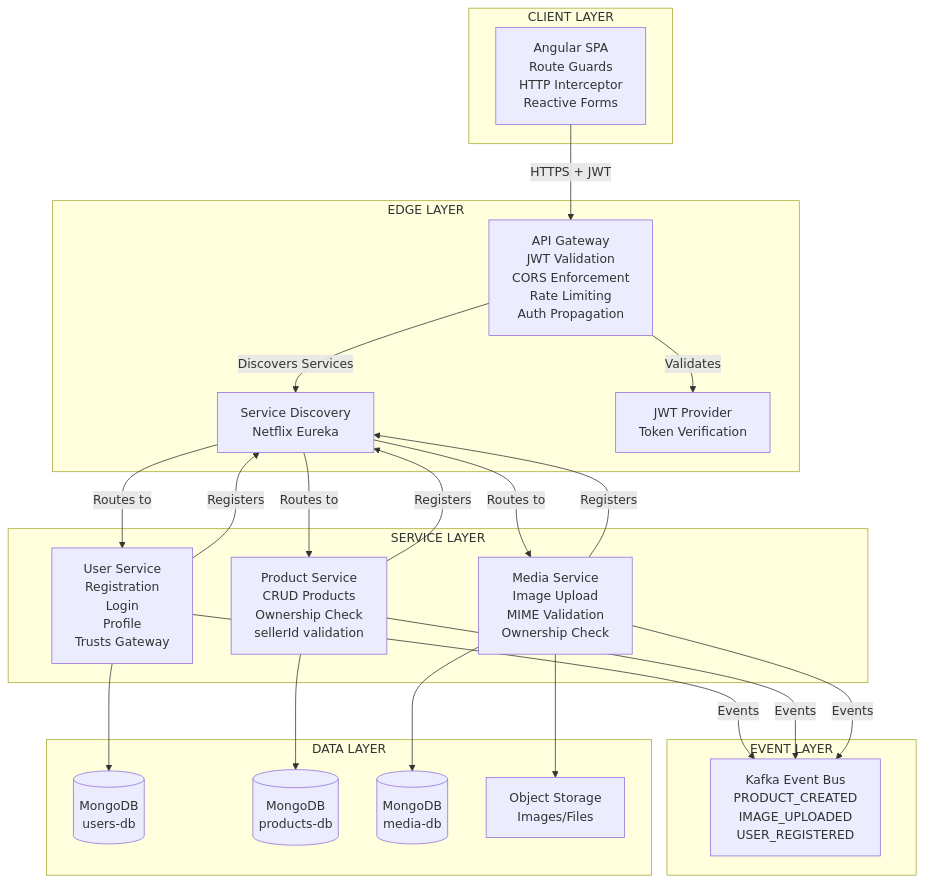
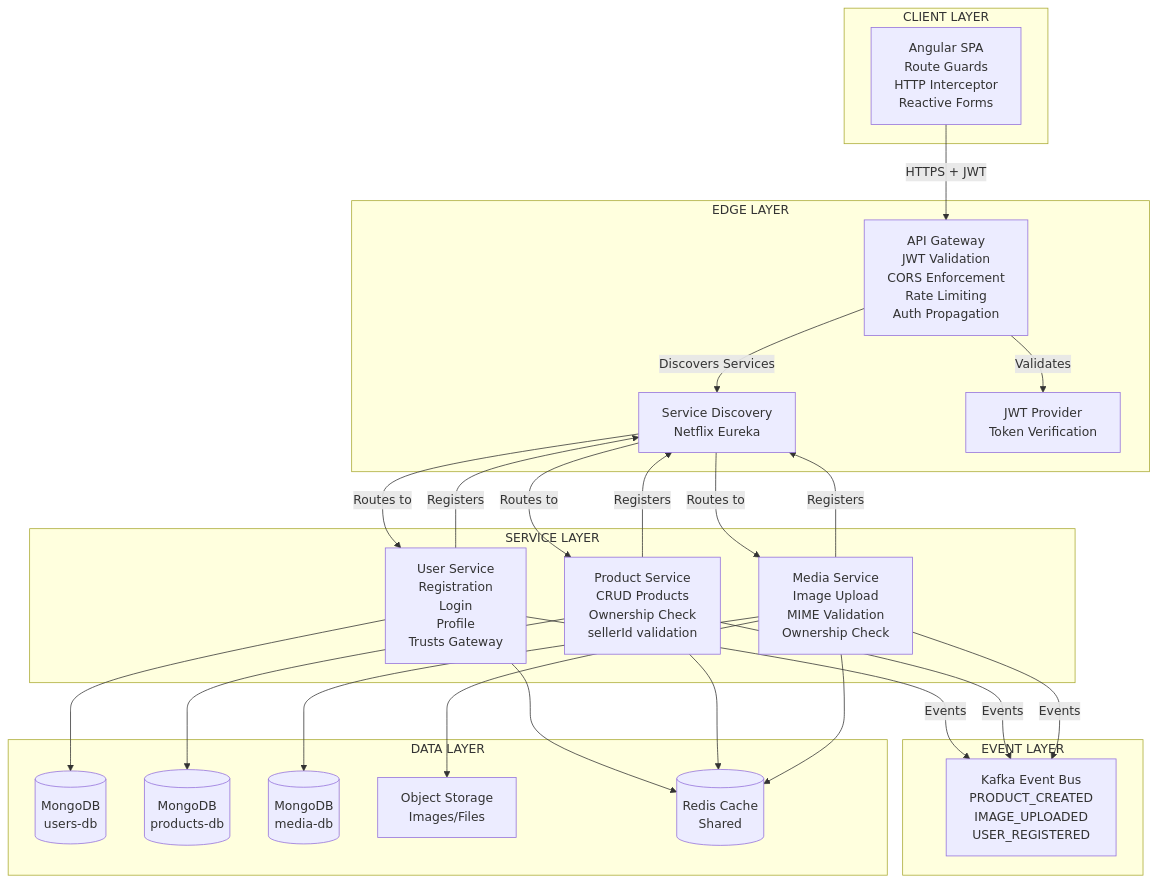
Before and after one commit to abrakingoo/buy-01: the diagram in architecture.md, drawn with Mermaid. The commit also changed other lines of this file and 1 other file, not shown here.

Commit message:
feat(cache): add shared Redis cache for all services
- Add Redis 7 Alpine container on port 6379
- Enable AOF persistence for data durability
- Configure shared cache for product catalog
- Support session storage across services
- Enable rate limiting counters at gateway
- Add Redis volume for persistent storage
- Update architecture diagram with Redis layer
- All services connect to single Redis instance

````diff
--- a/architecture.md
+++ b/architecture.md
@@ -5,50 +5,55 @@
 ```mermaid
 graph TB
     subgraph CLIENT["CLIENT LAYER"]
         A["Angular SPA<br/>Route Guards<br/>HTTP Interceptor<br/>Reactive Forms"]
     end
     
     subgraph EDGE["EDGE LAYER"]
         B["API Gateway<br/>JWT Validation<br/>CORS Enforcement<br/>Rate Limiting<br/>Auth Propagation"]
         SD["Service Discovery<br/>Netflix Eureka"]
         JWT["JWT Provider<br/>Token Verification"]
     end
     
     subgraph SERVICE["SERVICE LAYER"]
         C["User Service<br/>Registration<br/>Login<br/>Profile<br/>Trusts Gateway"]
         D["Product Service<br/>CRUD Products<br/>Ownership Check<br/>sellerId validation"]
         E["Media Service<br/>Image Upload<br/>MIME Validation<br/>Ownership Check"]
     end
     
     subgraph EVENT["EVENT LAYER"]
         J["Kafka Event Bus<br/>PRODUCT_CREATED<br/>IMAGE_UPLOADED<br/>USER_REGISTERED"]
     end
     
     subgraph DATA["DATA LAYER"]
         F[("MongoDB<br/>users-db")]
         G[("MongoDB<br/>products-db")]
         H[("MongoDB<br/>media-db")]
         I["Object Storage<br/>Images/Files"]
+        K[("Redis Cache<br/>Shared")]
     end
     
     A -->|HTTPS + JWT| B
     B -->|Validates| JWT
     B -->|Discovers Services| SD
     
     SD -->|Routes to| C
     SD -->|Routes to| D
     SD -->|Routes to| E
     
     C -->|Registers| SD
     D -->|Registers| SD
     E -->|Registers| SD
     
     C --> F
     D --> G
     E --> H
     E --> I
     
+    C --> K
+    D --> K
+    E --> K
+    
     C -->|Events| J
     D -->|Events| J
     E -->|Events| J
 ```
````
